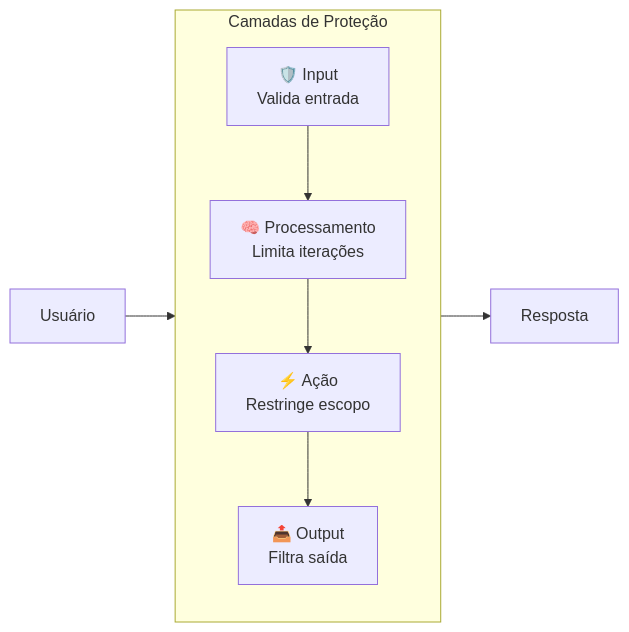
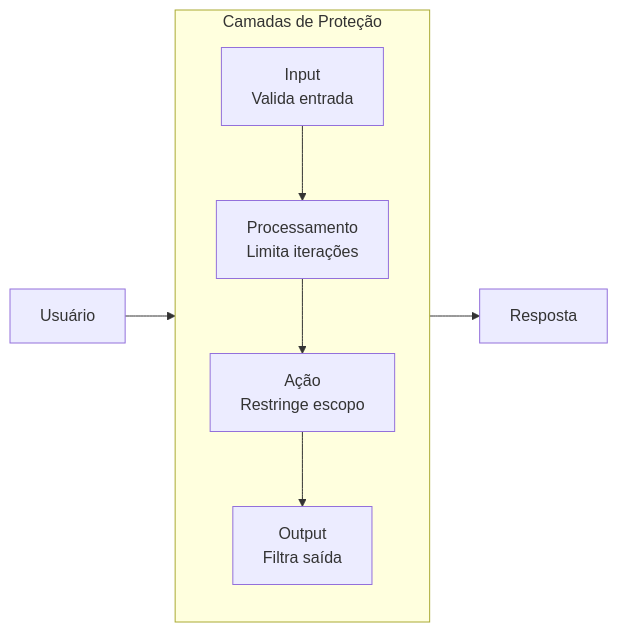
The fourth of 5 diagrams in docs/bloco2/s01-tools-react.md (IA-para-DEVs-SD/AI4devs), drawn with Mermaid before and after one commit. The commit also changed other lines of this file, not shown here.

First line of the commit message:
fix: remove emojis e caracteres especiais dos diagramas Mermaid em B2S01

````diff
--- a/docs/bloco2/s01-tools-react.md
+++ b/docs/bloco2/s01-tools-react.md
@@ -120,12 +120,12 @@
 ```mermaid
 flowchart LR
     subgraph "Camadas de Proteção"
         direction TB
-        I[🛡️ Input<br/>Valida entrada]
-        P[🧠 Processamento<br/>Limita iterações]
-        A[⚡ Ação<br/>Restringe escopo]
-        O[📤 Output<br/>Filtra saída]
+        I[Input<br/>Valida entrada]
+        P[Processamento<br/>Limita iterações]
+        A[Ação<br/>Restringe escopo]
+        O[Output<br/>Filtra saída]
     end
     
     U[Usuário] --> I --> P --> A --> O --> R[Resposta]
 ```
````
